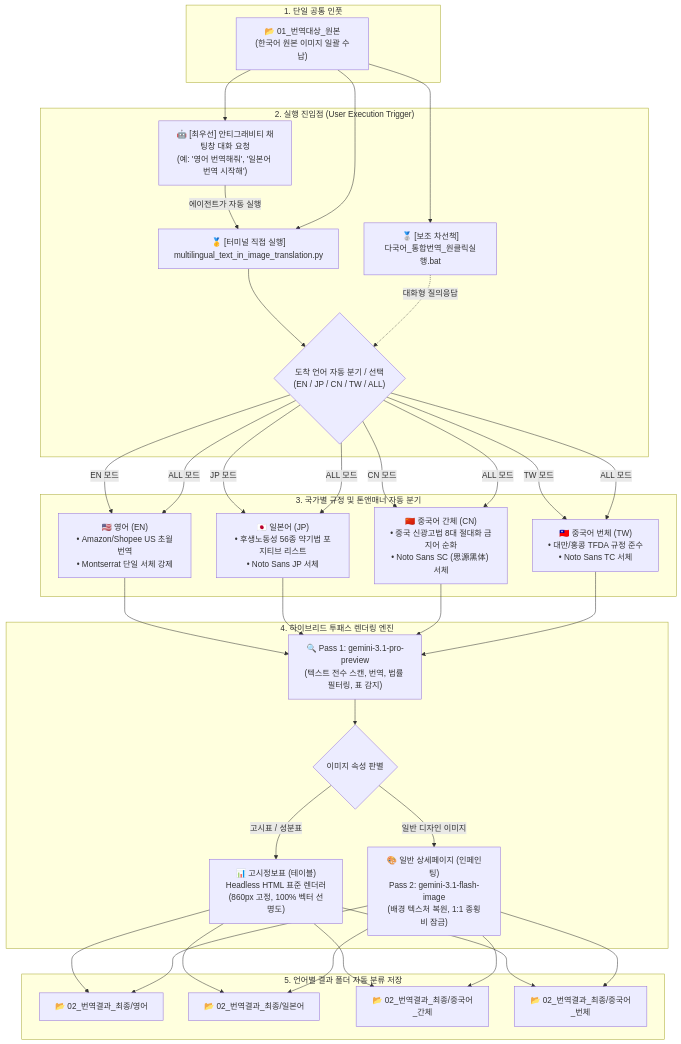
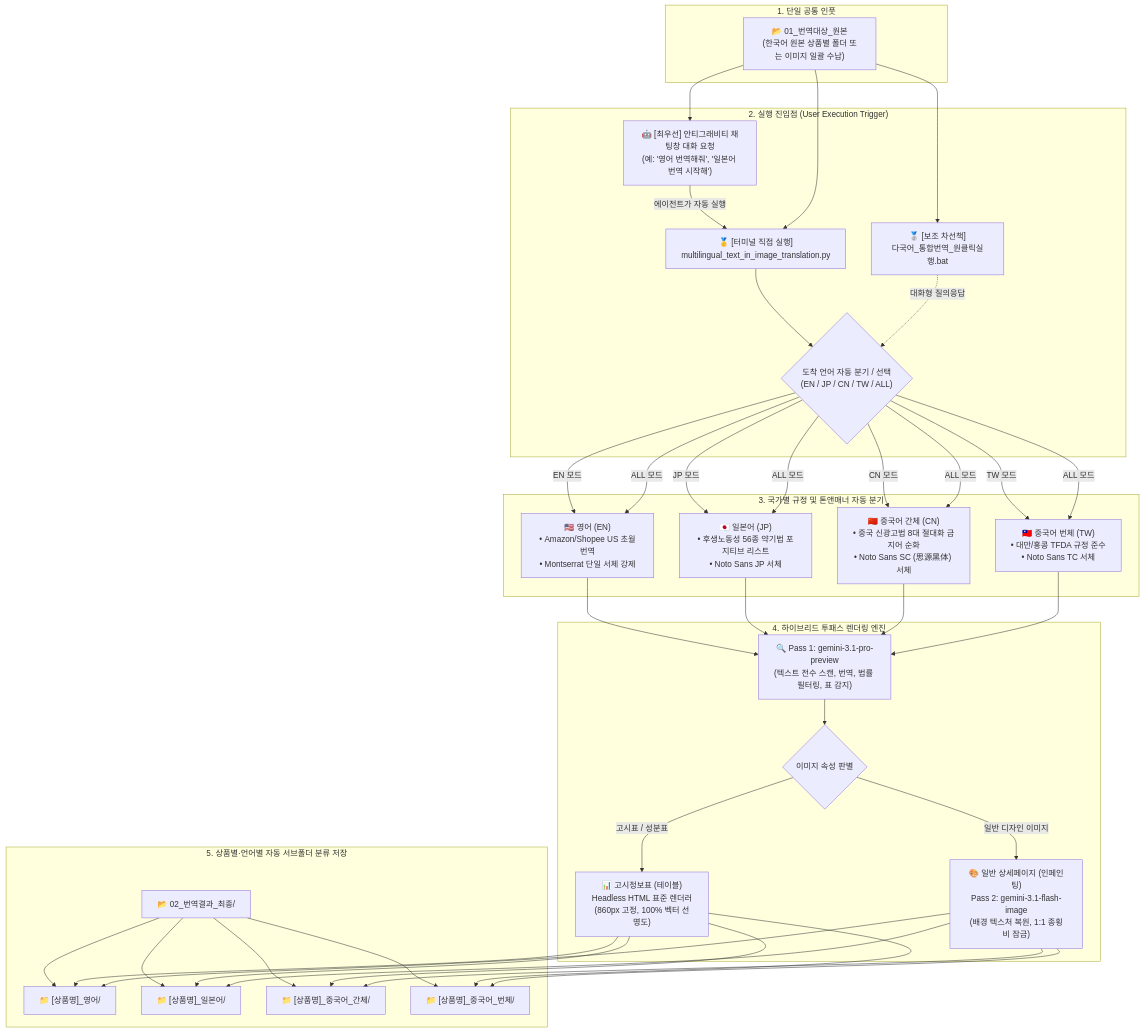
One commit to euntaewoo/PANDORA changed the diagram in README.md. Above: the diagram before and after it, drawn with Mermaid. The commit also changed other lines of this file and 3 other files, not shown here.

````diff
--- a/README.md
+++ b/README.md
@@ -17,52 +17,55 @@
 ```mermaid
 flowchart TD
     subgraph S1["1. 단일 공통 인풋"]
-        IN["📂 01_번역대상_원본<br/>(한국어 원본 이미지 일괄 수납)"]
+        IN["📂 01_번역대상_원본<br/>(한국어 원본 상품별 폴더 또는 이미지 일괄 수납)"]
     end
 
     subgraph S2["2. 실행 진입점 (User Execution Trigger)"]
         AGENT["🤖 [최우선] 안티그래비티 채팅창 대화 요청<br/>(예: '영어 번역해줘', '일본어 번역 시작해')"]
         P_MAIN["🥇 [터미널 직접 실행]<br/>multilingual_text_in_image_translation.py"]
         BAT_SUB["🥈 [보조 차선책]<br/>다국어_통합번역_원클릭실행.bat"]
         
         AGENT -->|에이전트가 자동 실행| P_MAIN
         P_MAIN --> PROMPT{"도착 언어 자동 분기 / 선택<br/>(EN / JP / CN / TW / ALL)"}
         BAT_SUB -.->|대화형 질의응답| PROMPT
     end
 
     subgraph S3["3. 국가별 규정 및 톤앤매너 자동 분기"]
         EN["🇺🇸 영어 (EN)<br/>• Amazon/Shopee US 초월번역<br/>• Montserrat 단일 서체 강제"]
         JP["🇯🇵 일본어 (JP)<br/>• 후생노동성 56종 약기법 포지티브 리스트<br/>• Noto Sans JP 서체"]
         CN["🇨🇳 중국어 간체 (CN)<br/>• 중국 신광고법 8대 절대화 금지어 순화<br/>• Noto Sans SC (思源黑体) 서체"]
         TW["🇹🇼 중국어 번체 (TW)<br/>• 대만/홍콩 TFDA 규정 준수<br/>• Noto Sans TC 서체"]
     end
 
     subgraph S4["4. 하이브리드 투패스 렌더링 엔진"]
         P1["🔍 Pass 1: gemini-3.1-pro-preview<br/>(텍스트 전수 스캔, 번역, 법률 필터링, 표 감지)"]
         DECIDE{"이미지 속성 판별"}
         
         HTML["📊 고시정보표 (테이블)<br/>Headless HTML 표준 렌더러<br/>(860px 고정, 100% 벡터 선명도)"]
         P2["🎨 일반 상세페이지 (인페인팅)<br/>Pass 2: gemini-3.1-flash-image<br/>(배경 텍스처 복원, 1:1 종횡비 잠금)"]
         
         P1 --> DECIDE
         DECIDE -->|고시표 / 성분표| HTML
         DECIDE -->|일반 디자인 이미지| P2
     end
 
-    subgraph S5["5. 언어별 결과 폴더 자동 분류 저장"]
-        OUT_EN["📂 02_번역결과_최종/영어"]
-        OUT_JP["📂 02_번역결과_최종/일본어"]
-        OUT_CN["📂 02_번역결과_최종/중국어_간체"]
-        OUT_TW["📂 02_번역결과_최종/중국어_번체"]
+    subgraph S5["5. 상품별·언어별 자동 서브폴더 분류 저장"]
+        OUT["📂 02_번역결과_최종/"]
+        OUT1["📁 [상품명]_영어/"]
+        OUT2["📁 [상품명]_일본어/"]
+        OUT3["📁 [상품명]_중국어_간체/"]
+        OUT4["📁 [상품명]_중국어_번체/"]
+        
+        OUT --> OUT1 & OUT2 & OUT3 & OUT4
     end
 
     IN --> AGENT & P_MAIN & BAT_SUB
     PROMPT -->|EN 모드| EN
     PROMPT -->|JP 모드| JP
     PROMPT -->|CN 모드| CN
     PROMPT -->|TW 모드| TW
     PROMPT -->|ALL 모드| EN & JP & CN & TW
 
     EN & JP & CN & TW --> P1
-    HTML & P2 --> OUT_EN & OUT_JP & OUT_CN & OUT_TW
+    HTML & P2 --> OUT1 & OUT2 & OUT3 & OUT4
 ```
````
